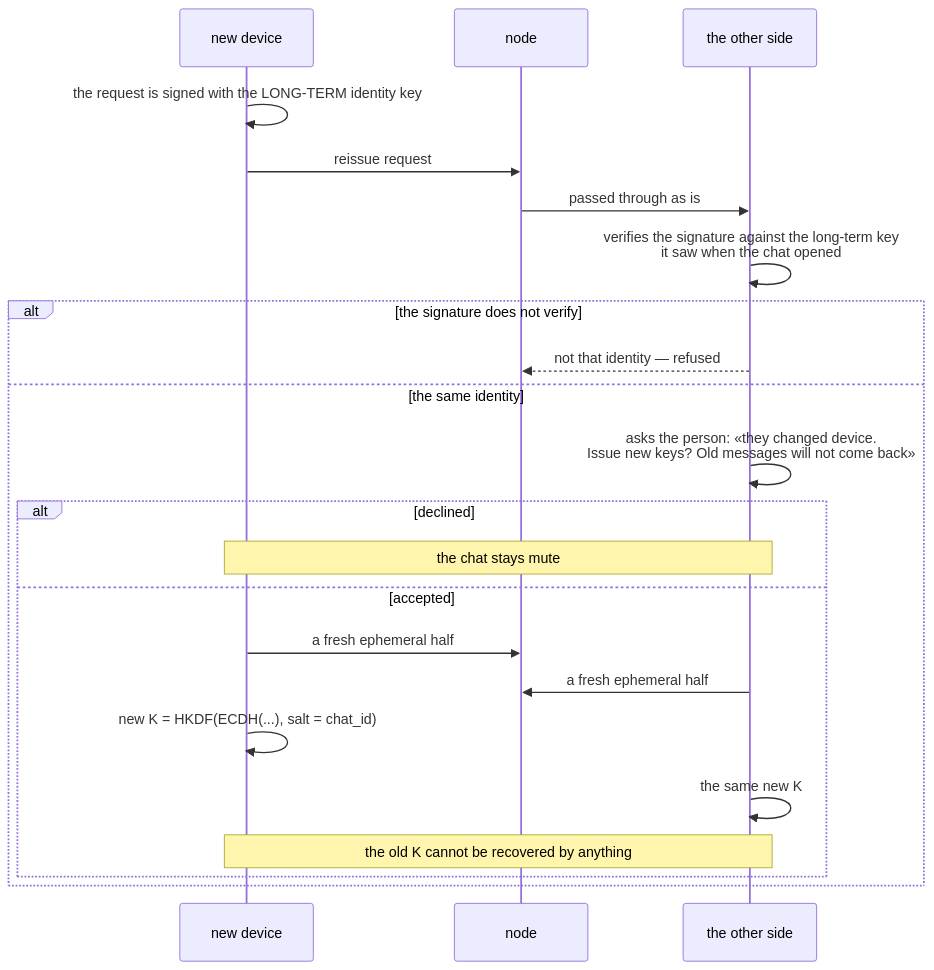
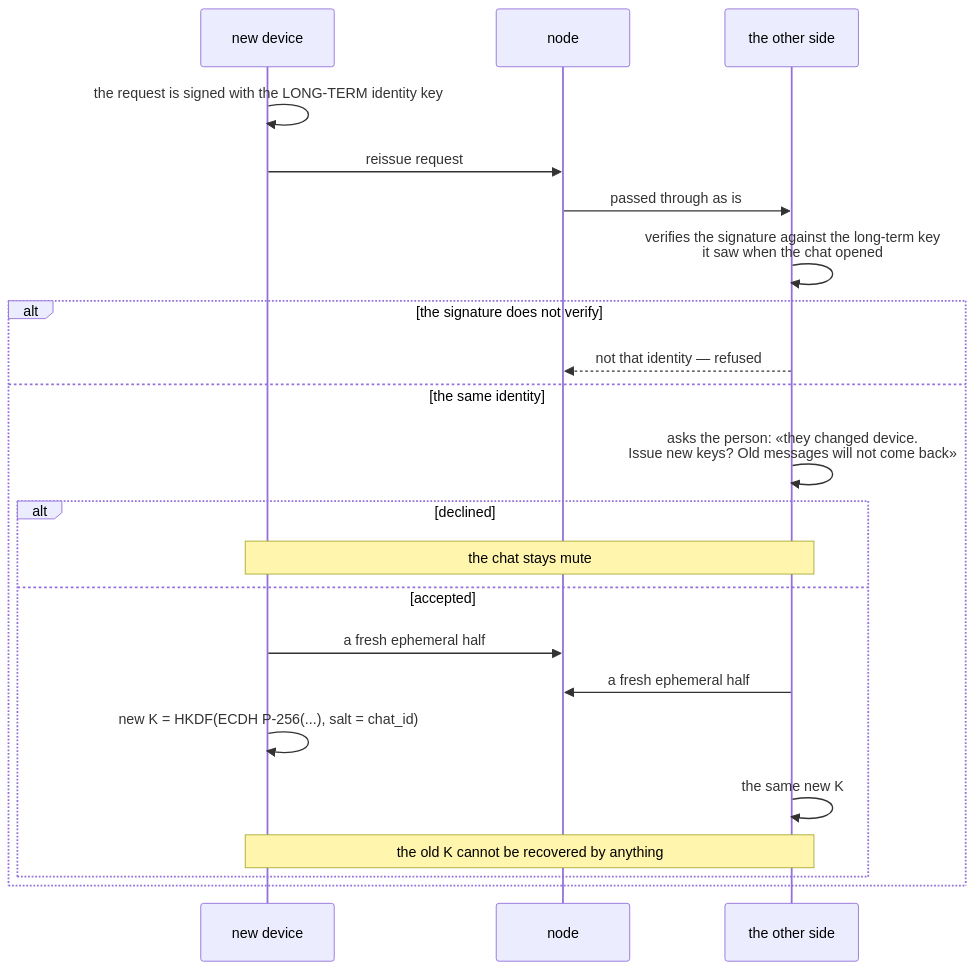
Diagram 14 of 26 in docs/chat-flows_EN.md (panov-id/xor.ad), drawn with Mermaid before and after one commit. The commit also changed other lines of this file and 7 other files, not shown here.

````diff
--- a/docs/chat-flows_EN.md
+++ b/docs/chat-flows_EN.md
@@ -466,24 +468,24 @@
 ```mermaid
 sequenceDiagram
   participant A as new device
   participant N as node
   participant B as the other side
   A->>A: the request is signed with the LONG-TERM identity key
   A->>N: reissue request
   N->>B: passed through as is
   B->>B: verifies the signature against the long-term key<br/>it saw when the chat opened
   alt the signature does not verify
     B-->>N: not that identity — refused
   else the same identity
     B->>B: asks the person: «they changed device.<br/>Issue new keys? Old messages will not come back»
     alt declined
       Note over A,B: the chat stays mute
     else accepted
       A->>N: a fresh ephemeral half
       B->>N: a fresh ephemeral half
-      A->>A: new K = HKDF#40;ECDH#40;...#41;, salt = chat_id#41;
+      A->>A: new K = HKDF#40;ECDH P-256#40;...#41;, salt = chat_id#41;
       B->>B: the same new K
       Note over A,B: the old K cannot be recovered by anything
     end
   end
 ```
````
